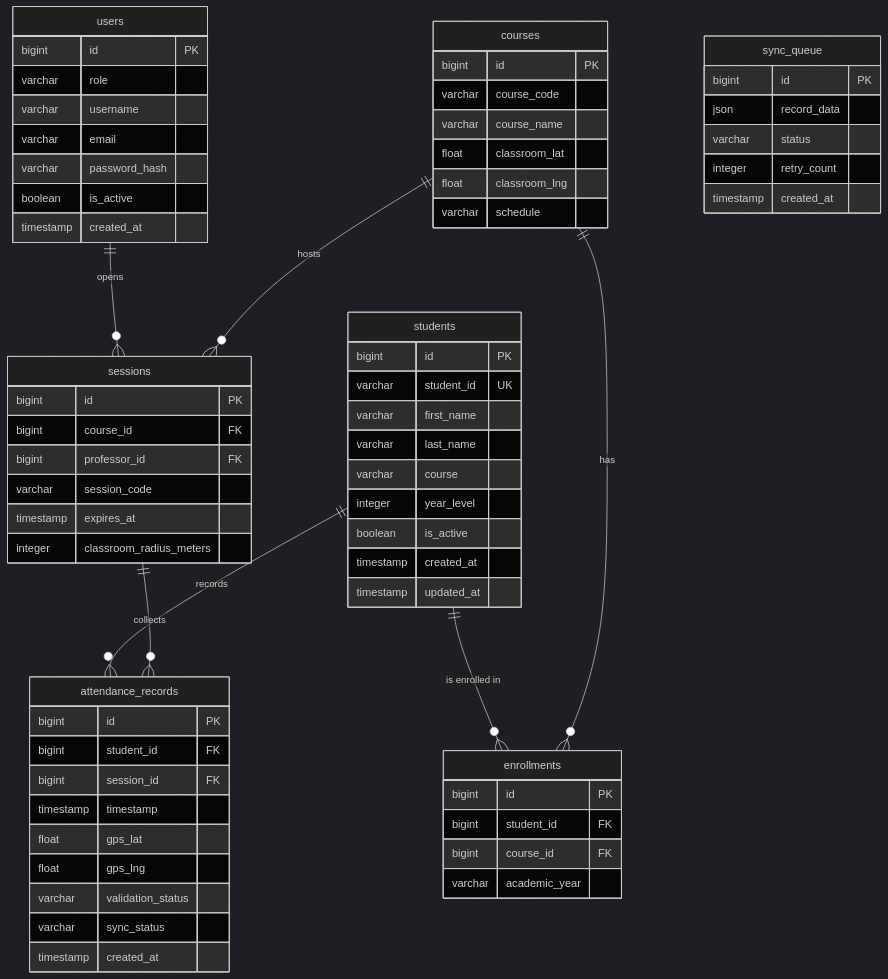
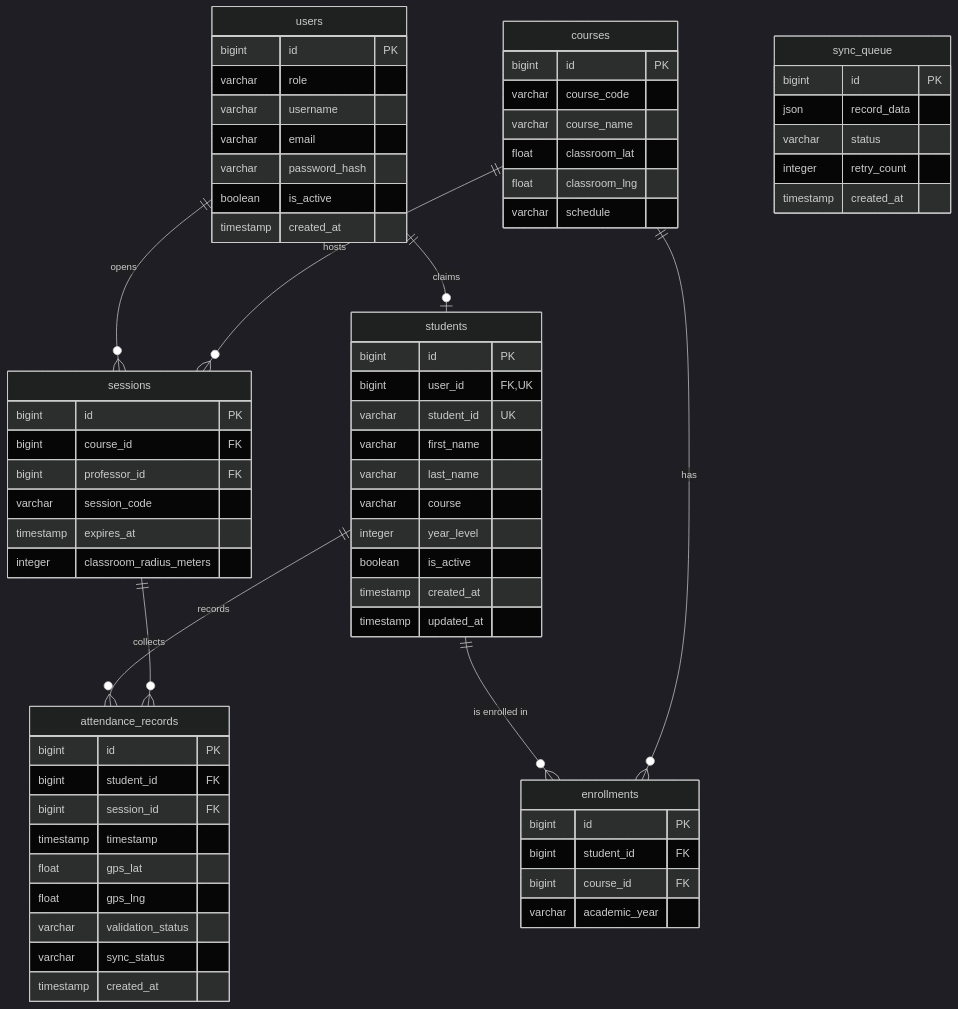
One commit to dhenji/qr_based_attendance_system changed the diagram in docs/design/database-er.md. Above: the diagram before and after it, drawn with Mermaid (dark theme). The commit also changed other lines of this file and 5 other files, not shown here.

````diff
--- a/docs/design/database-er.md
+++ b/docs/design/database-er.md
@@ -24,70 +24,72 @@
 ```mermaid
 erDiagram
     users ||--o{ sessions : "opens"
+    users ||--o| students : "claims"
     courses ||--o{ sessions : "hosts"
     students ||--o{ enrollments : "is enrolled in"
     courses ||--o{ enrollments : "has"
     students ||--o{ attendance_records : "records"
     sessions ||--o{ attendance_records : "collects"
 
     users {
       bigint id PK
       varchar role
       varchar username
       varchar email
       varchar password_hash
       boolean is_active
       timestamp created_at
     }
     students {
       bigint id PK
+      bigint user_id FK,UK
       varchar student_id UK
       varchar first_name
       varchar last_name
       varchar course
       integer year_level
       boolean is_active
       timestamp created_at
       timestamp updated_at
     }
     courses {
       bigint id PK
       varchar course_code
       varchar course_name
       float classroom_lat
       float classroom_lng
       varchar schedule
     }
     enrollments {
       bigint id PK
       bigint student_id FK
       bigint course_id FK
       varchar academic_year
     }
     sessions {
       bigint id PK
       bigint course_id FK
       bigint professor_id FK
       varchar session_code
       timestamp expires_at
       integer classroom_radius_meters
     }
     attendance_records {
       bigint id PK
       bigint student_id FK
       bigint session_id FK
       timestamp timestamp
       float gps_lat
       float gps_lng
       varchar validation_status
       varchar sync_status
       timestamp created_at
     }
     sync_queue {
       bigint id PK
       json record_data
       varchar status
       integer retry_count
       timestamp created_at
     }
 ```
````
